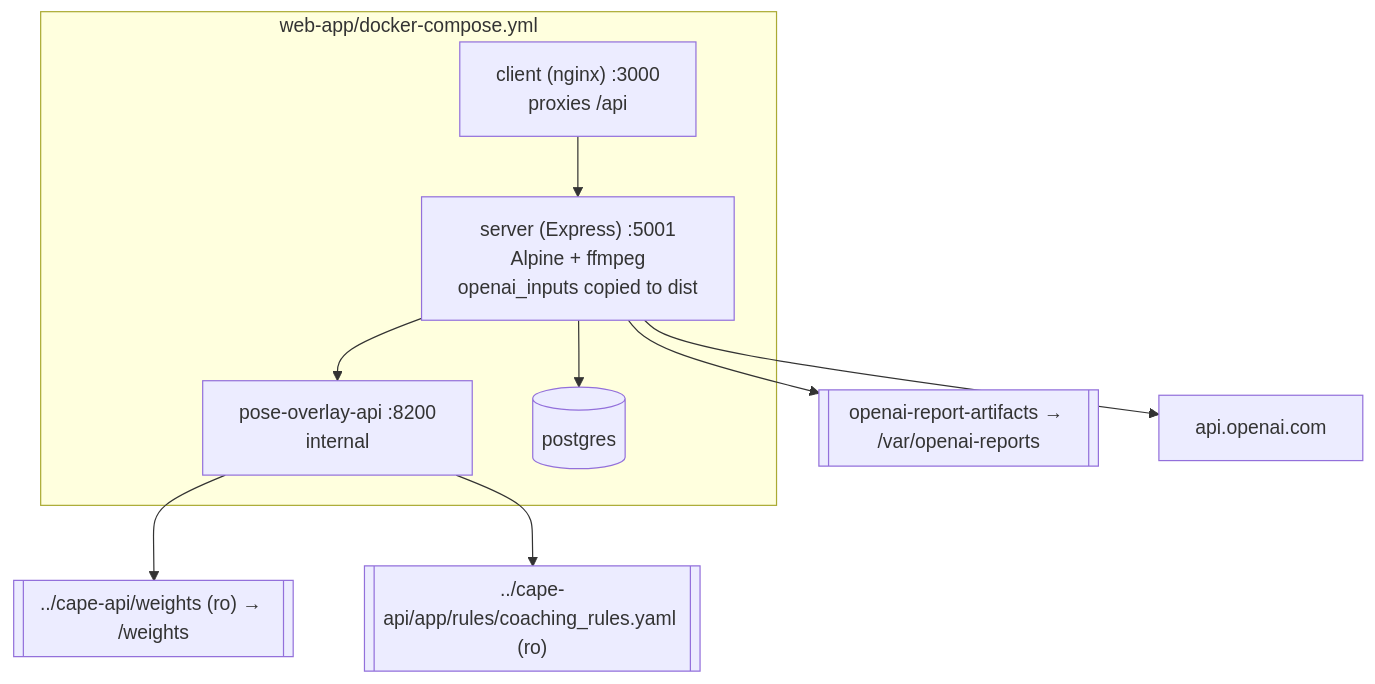
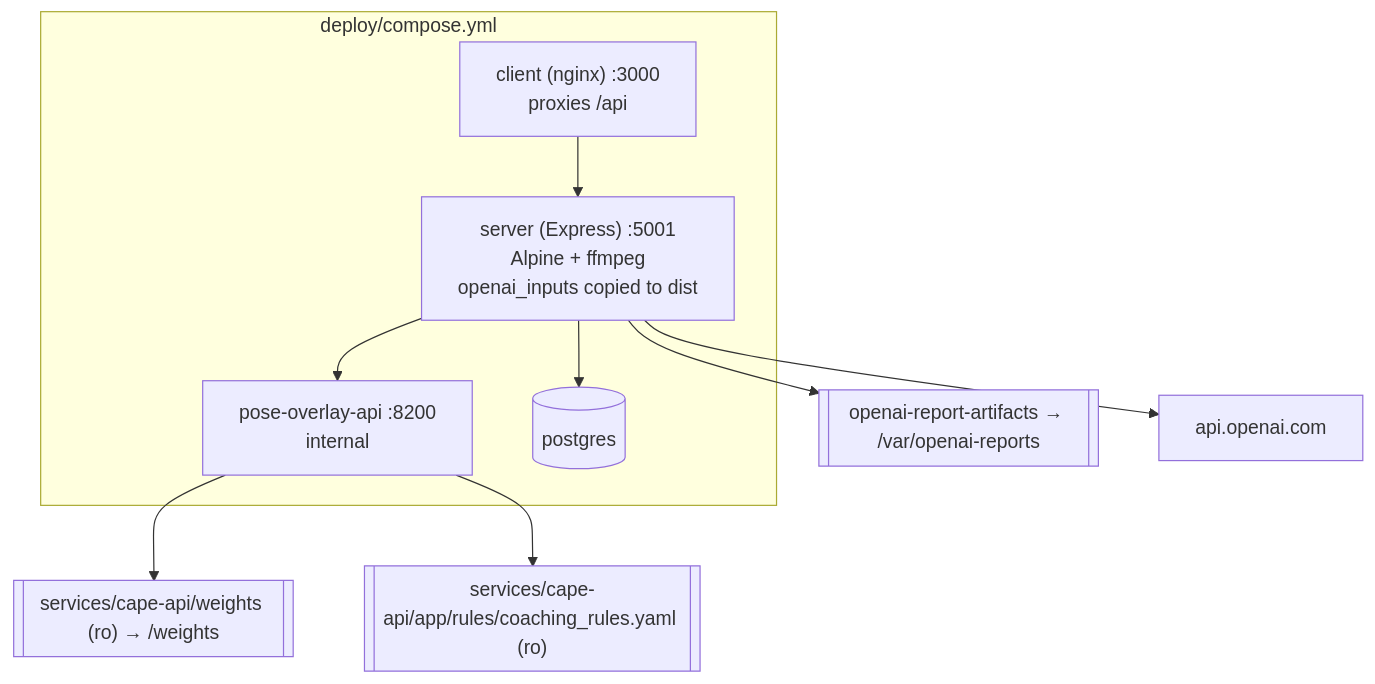
Before and after one commit to shahanur/eCricketCoach: the ninth of 9 diagrams in docs/openai-analysis-architecture.md, drawn with Mermaid. The commit also changed other lines of this file and 245 other files, not shown here.

First line of the commit message:
Restructure monorepo into apps/, services/, scripts/ and deploy/

````diff
--- a/docs/openai-analysis-architecture.md
+++ b/docs/openai-analysis-architecture.md
@@ -625,19 +625,19 @@
 ```mermaid
 flowchart TB
-    subgraph Compose["web-app/docker-compose.yml"]
+    subgraph Compose["deploy/compose.yml"]
         CL["client (nginx) :3000<br/>proxies /api"]
         SV["server (Express) :5001<br/>Alpine + ffmpeg<br/>openai_inputs copied to dist"]
         PO["pose-overlay-api :8200<br/>internal"]
         PG[("postgres")]
     end
     V1[["openai-report-artifacts → /var/openai-reports"]]
-    V2[["../cape-api/weights (ro) → /weights"]]
-    V3[["../cape-api/app/rules/coaching_rules.yaml (ro)"]]
+    V2[["services/cape-api/weights (ro) → /weights"]]
+    V3[["services/cape-api/app/rules/coaching_rules.yaml (ro)"]]
     OAI["api.openai.com"]
     CL --> SV
     SV --> PG
     SV --> V1
     SV --> PO
     PO --> V2 & V3
     SV --> OAI
 ```
````
